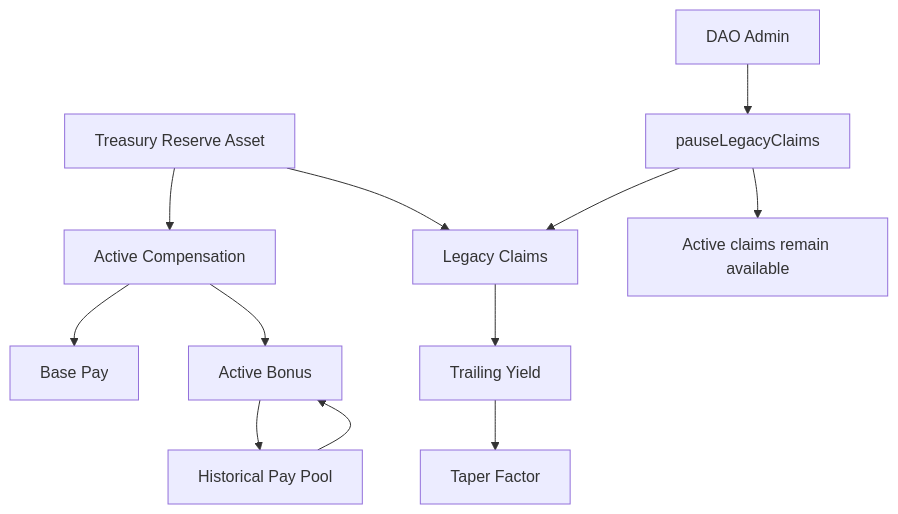
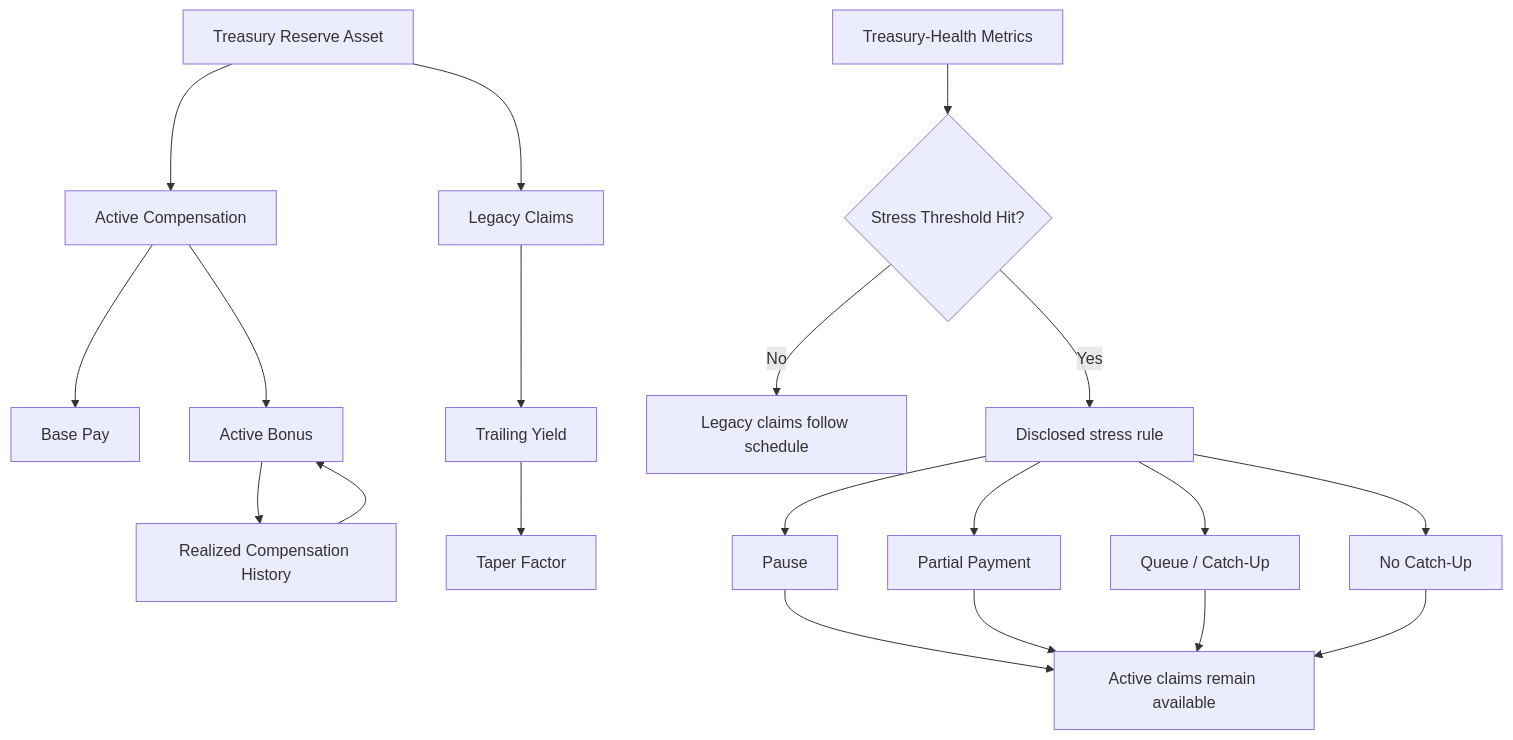
The third of 6 diagrams in paper/tly_visual_diagrams.md (haydenluckadoo-web/Trailing-Labor-Yield), drawn with Mermaid before and after one commit. The commit also changed other lines of this file and 12 other files, not shown here.

````diff
--- a/paper/tly_visual_diagrams.md
+++ b/paper/tly_visual_diagrams.md
@@ -28,14 +49,23 @@
 ```mermaid
 flowchart TD
     T[Treasury Reserve Asset] --> AP[Active Compensation]
     T --> LP[Legacy Claims]
     AP --> BP[Base Pay]
     AP --> AB[Active Bonus]
-    AB --> HP[Historical Pay Pool]
+    AB --> HP[Realized Compensation History]
     HP --> AB
     LP --> TY[Trailing Yield]
     TY --> TF[Taper Factor]
-    DA[DAO Admin] --> Pause[pauseLegacyClaims]
-    Pause --> LP
+
+    Health[Treasury-Health Metrics] --> Stress{Stress Threshold Hit?}
+    Stress -->|No| Normal[Legacy claims follow schedule]
+    Stress -->|Yes| Rule[Disclosed stress rule]
+    Rule --> Pause[Pause]
+    Rule --> Partial[Partial Payment]
+    Rule --> Queue[Queue / Catch-Up]
+    Rule --> Skip[No Catch-Up]
     Pause --> Note[Active claims remain available]
+    Partial --> Note
+    Queue --> Note
+    Skip --> Note
 ```
````
